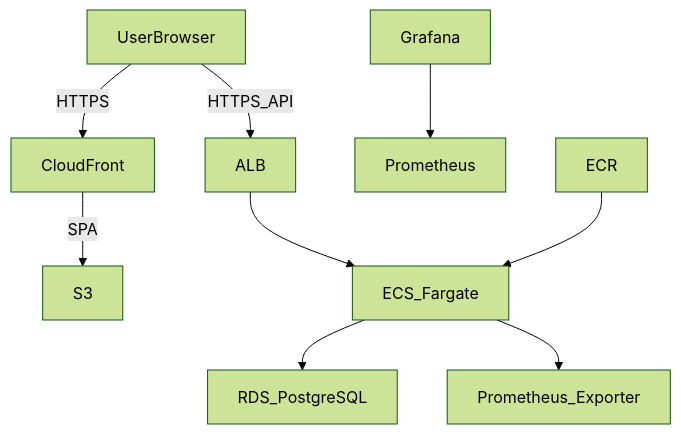
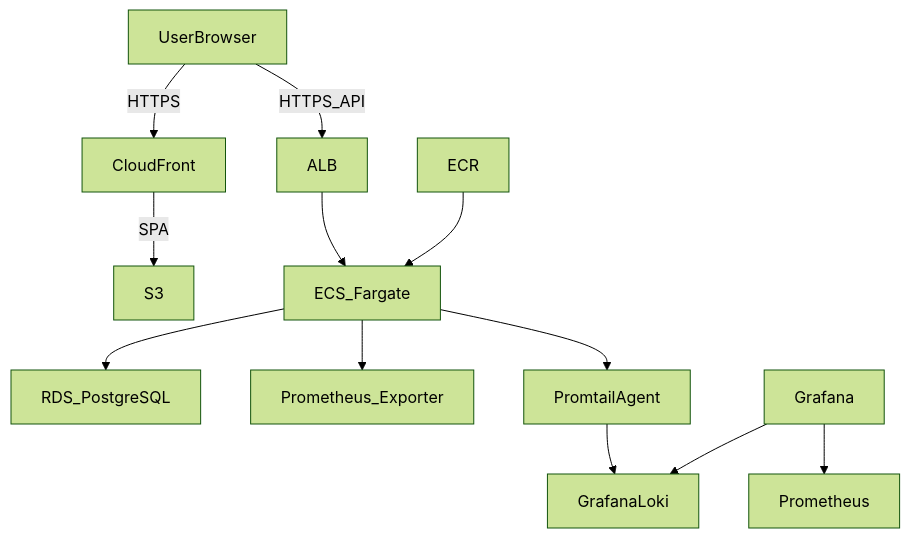
One commit to takuma-yamaguchi0807/todo-gin changed the diagram in README.md. Above: the diagram before and after it, drawn with Mermaid (forest theme). The commit also changed other lines of this file and 12 other files, not shown here.

````diff
--- a/README.md
+++ b/README.md
@@ -22,11 +22,14 @@
 ```mermaid
 graph TD
   UserBrowser -- HTTPS --> CloudFront
   CloudFront -- SPA --> S3
   UserBrowser -- HTTPS_API --> ALB
   ALB --> ECS_Fargate
   ECS_Fargate --> RDS_PostgreSQL
   ECS_Fargate --> Prometheus_Exporter
+  ECS_Fargate --> PromtailAgent
+  PromtailAgent --> GrafanaLoki
   Grafana --> Prometheus
+  Grafana --> GrafanaLoki
   ECR --> ECS_Fargate
 ```
````
